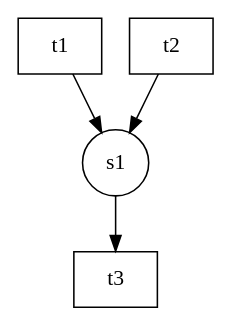
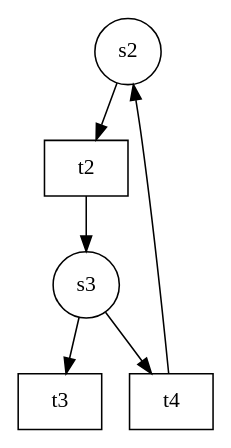
One commit to dnannen/reduction-of-petri-nets changed the diagram in Reduktionsalgorithmen/petri-netz.gv. Above: the diagram before and after it, drawn with Graphviz. The commit also changed 5 other files, not shown here.

```diff
--- a/Reduktionsalgorithmen/petri-netz.gv
+++ b/Reduktionsalgorithmen/petri-netz.gv
@@ -1,10 +1,13 @@
 digraph petrinet{
 node[shape=circle];
-"s1";
-"t1" [shape=box];
+"s2";
+"s3";
 "t2" [shape=box];
 "t3" [shape=box];
-"s1"->"t3"
-"t1"->"s1"
-"t2"->"s1"
+"t4" [shape=box];
+"s2"->"t2"
+"s3"->"t3"
+"s3"->"t4"
+"t2"->"s3"
+"t4"->"s2"
 }
```
